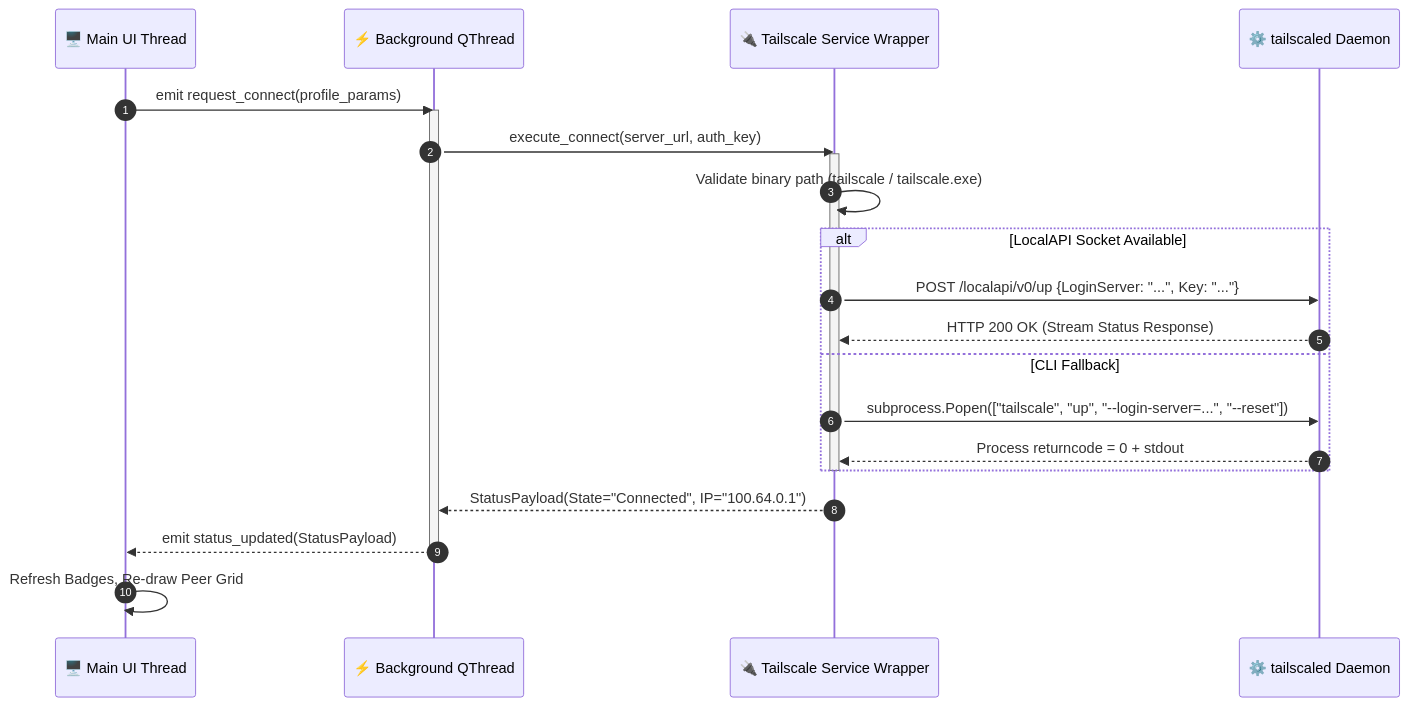
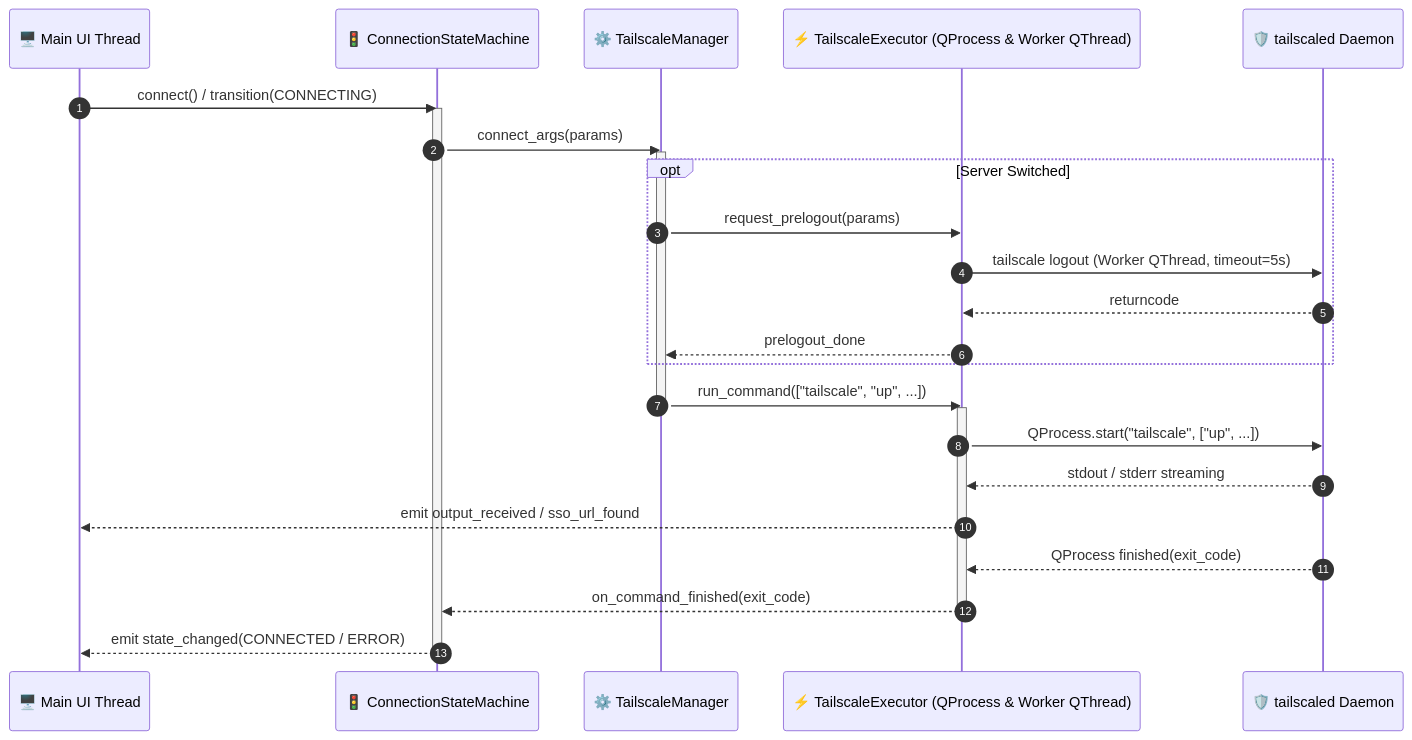
Before and after one commit to Arean82/Tailscale-Headscale-Client: the second of 4 diagrams in Docs/ARCHITECTURE_MASTER.md, drawn with Mermaid. The commit also changed other lines of this file and 39 other files, not shown here.

````diff
--- a/Docs/ARCHITECTURE_MASTER.md
+++ b/Docs/ARCHITECTURE_MASTER.md
@@ -136,26 +136,31 @@
 ```mermaid
 sequenceDiagram
     autonumber
     participant UI as 🖥️ Main UI Thread
-    participant QTh as ⚡ Background QThread
-    participant IPC as 🔌 Tailscale Service Wrapper
-    participant Engine as ⚙️ tailscaled Daemon
+    participant SM as 🚦 ConnectionStateMachine
+    participant TSMGR as ⚙️ TailscaleManager
+    participant Exec as ⚡ TailscaleExecutor (QProcess & Worker QThread)
+    participant Engine as 🛡️ tailscaled Daemon
 
-    UI->>QTh: emit request_connect(profile_params)
-    activate QTh
-    QTh->>IPC: execute_connect(server_url, auth_key)
-    activate IPC
-    IPC->>IPC: Validate binary path (tailscale / tailscale.exe)
-    alt LocalAPI Socket Available
-        IPC->>Engine: POST /localapi/v0/up {LoginServer: "...", Key: "..."}
-        Engine-->>IPC: HTTP 200 OK (Stream Status Response)
-    else CLI Fallback
-        IPC->>Engine: subprocess.Popen(["tailscale", "up", "--login-server=...", "--reset"])
-        Engine-->>IPC: Process returncode = 0 + stdout
+    UI->>SM: connect() / transition(CONNECTING)
+    activate SM
+    SM->>TSMGR: connect_args(params)
+    activate TSMGR
+    opt Server Switched
+        TSMGR->>Exec: request_prelogout(params)
+        Exec->>Engine: tailscale logout (Worker QThread, timeout=5s)
+        Engine-->>Exec: returncode
+        Exec-->>TSMGR: prelogout_done
     end
-    deactivate IPC
-    IPC-->>QTh: StatusPayload(State="Connected", IP="100.64.0.1")
-    QTh-->>UI: emit status_updated(StatusPayload)
-    deactivate QTh
-    UI->>UI: Refresh Badges, Re-draw Peer Grid
+    TSMGR->>Exec: run_command(["tailscale", "up", ...])
+    deactivate TSMGR
+    activate Exec
+    Exec->>Engine: QProcess.start("tailscale", ["up", ...])
+    Engine-->>Exec: stdout / stderr streaming
+    Exec-->>UI: emit output_received / sso_url_found
+    Engine-->>Exec: QProcess finished(exit_code)
+    Exec-->>SM: on_command_finished(exit_code)
+    deactivate Exec
+    SM-->>UI: emit state_changed(CONNECTED / ERROR)
+    deactivate SM
 ```
````
